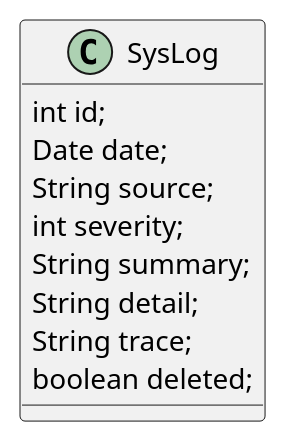
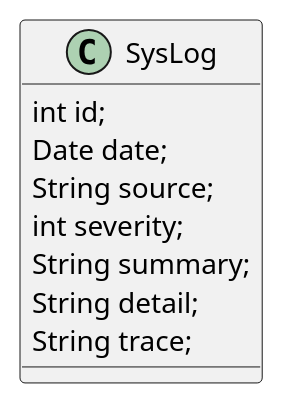
The diagram in doc/src/asciidoc/entities/syslog.adoc (jpos/jPOS-EE), drawn with PlantUML before and after one commit. The commit also changed other lines of this file and 6 other files, not shown here.

```diff
--- a/doc/src/asciidoc/entities/syslog.adoc
+++ b/doc/src/asciidoc/entities/syslog.adoc
@@ -3,15 +3,14 @@
 [plantuml, syslog, svg]
 ----
 @startuml
 class SysLog {
   int id;
   Date date;
   String source;
   int severity;
   String summary;
   String detail;
   String trace;
-  boolean deleted;
-} 
+}
 @enduml
 ----
```
